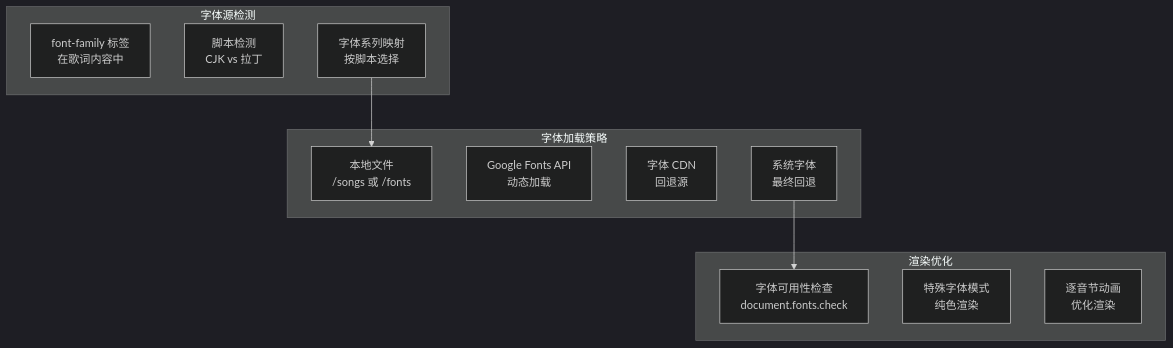
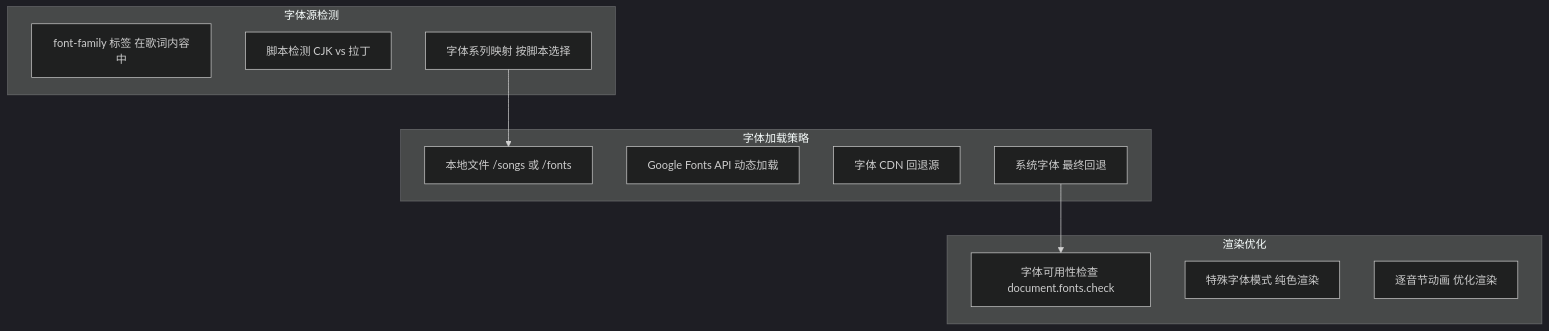
Before and after one commit to HKLHaoBin/LyricSphere: diagram 13 of 44 in README.md, drawn with Mermaid (dark theme). The commit also changed other lines of this file, not shown here.

Commit message:
docs: 更新README中的流程图文本格式

````diff
--- a/README.md
+++ b/README.md
@@ -1030,35 +1030,35 @@
 ```mermaid
 flowchart TD
-    FontMetaTag["font-family 标签\n在歌词内容中"]
-    ScriptDetection["脚本检测\nCJK vs 拉丁"]
-    FontMapping["字体系列映射\n按脚本选择"]
-    LocalFonts["本地文件\n/songs 或 /fonts"]
-    GoogleFonts["Google Fonts API\n动态加载"]
-    CDNFonts["字体 CDN\n回退源"]
-    SystemFonts["系统字体\n最终回退"]
-    AvailabilityCheck["字体可用性检查\ndocument.fonts.check"]
-    SpecialFontMode["特殊字体模式\n纯色渲染"]
-    SyllableAnimation["逐音节动画\n优化渲染"]
+    FontMetaTag["font-family 标签 在歌词内容中"]
+    ScriptDetection["脚本检测 CJK vs 拉丁"]
+    FontMapping["字体系列映射 按脚本选择"]
+    LocalFonts["本地文件 /songs 或 /fonts"]
+    GoogleFonts["Google Fonts API 动态加载"]
+    CDNFonts["字体 CDN 回退源"]
+    SystemFonts["系统字体 最终回退"]
+    AvailabilityCheck["字体可用性检查 document.fonts.check"]
+    SpecialFontMode["特殊字体模式 纯色渲染"]
+    SyllableAnimation["逐音节动画 优化渲染"]
 
     FontMapping --> LocalFonts
     SystemFonts --> AvailabilityCheck
 
     subgraph RenderingOptimization[渲染优化]
         AvailabilityCheck
         SpecialFontMode
         SyllableAnimation
     end
 
     subgraph FontLoadingStrategy[字体加载策略]
         LocalFonts
         GoogleFonts
         CDNFonts
         SystemFonts
     end
 
     subgraph FontSourceDetection[字体源检测]
         FontMetaTag
         ScriptDetection
         FontMapping
     end
 ```
````
